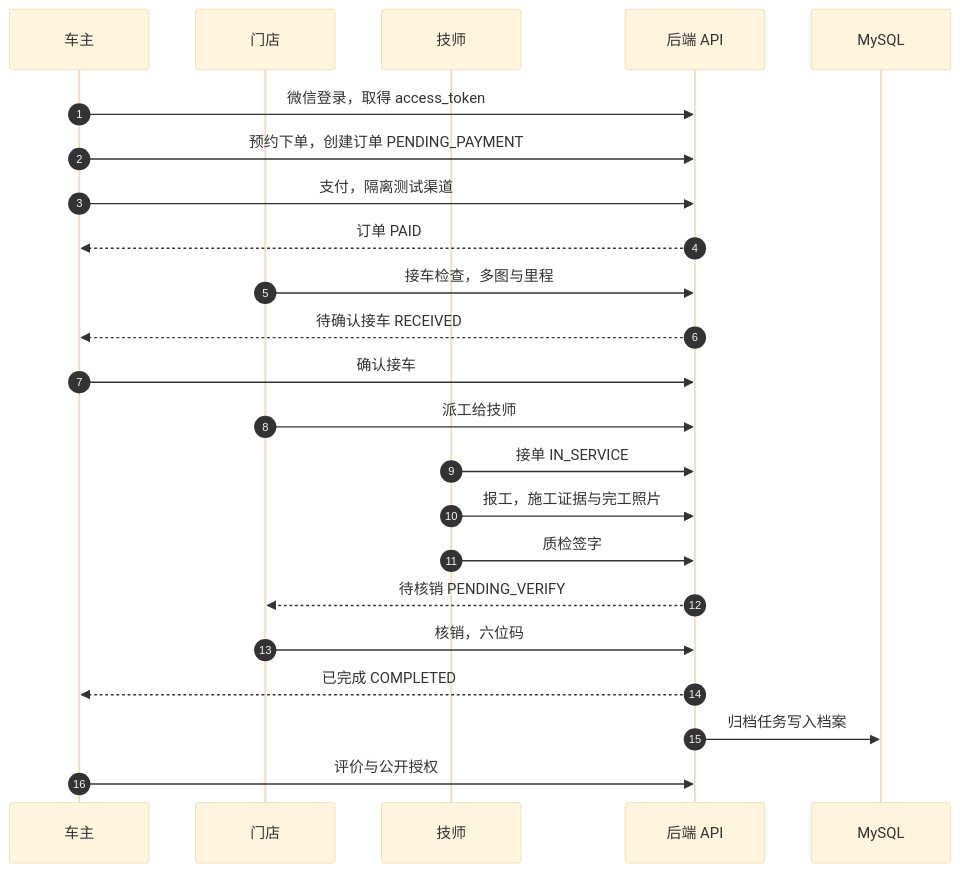
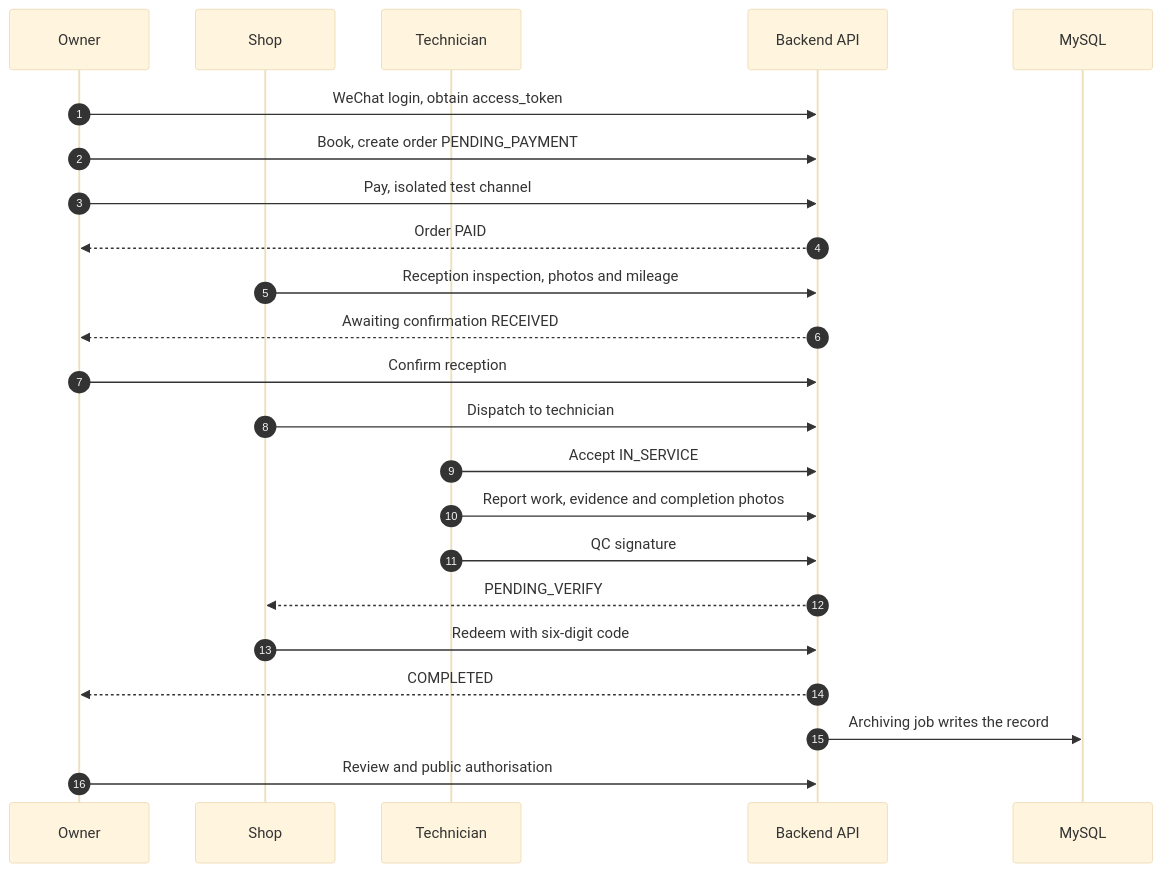
The third of 5 diagrams in README.md (Vehicle-Health-Manager-Platform/Vehicle-Health-Manager-Platform), drawn with Mermaid (base theme) before and after one commit. The commit also changed other lines of this file and 1 other file, not shown here.

````diff
--- a/README.md
+++ b/README.md
@@ -462,26 +559,26 @@
 ```mermaid
 sequenceDiagram
     autonumber
-    participant O as 车主
-    participant M as 门店
-    participant T as 技师
-    participant B as 后端 API
+    participant O as Owner
+    participant M as Shop
+    participant T as Technician
+    participant B as Backend API
     participant D as MySQL
 
-    O->>B: 微信登录，取得 access_token
-    O->>B: 预约下单，创建订单 PENDING_PAYMENT
-    O->>B: 支付，隔离测试渠道
-    B-->>O: 订单 PAID
-    M->>B: 接车检查，多图与里程
-    B-->>O: 待确认接车 RECEIVED
-    O->>B: 确认接车
-    M->>B: 派工给技师
-    T->>B: 接单 IN_SERVICE
-    T->>B: 报工，施工证据与完工照片
-    T->>B: 质检签字
-    B-->>M: 待核销 PENDING_VERIFY
-    M->>B: 核销，六位码
-    B-->>O: 已完成 COMPLETED
-    B->>D: 归档任务写入档案
-    O->>B: 评价与公开授权
+    O->>B: WeChat login, obtain access_token
+    O->>B: Book, create order PENDING_PAYMENT
+    O->>B: Pay, isolated test channel
+    B-->>O: Order PAID
+    M->>B: Reception inspection, photos and mileage
+    B-->>O: Awaiting confirmation RECEIVED
+    O->>B: Confirm reception
+    M->>B: Dispatch to technician
+    T->>B: Accept IN_SERVICE
+    T->>B: Report work, evidence and completion photos
+    T->>B: QC signature
+    B-->>M: PENDING_VERIFY
+    M->>B: Redeem with six-digit code
+    B-->>O: COMPLETED
+    B->>D: Archiving job writes the record
+    O->>B: Review and public authorisation
 ```
````
